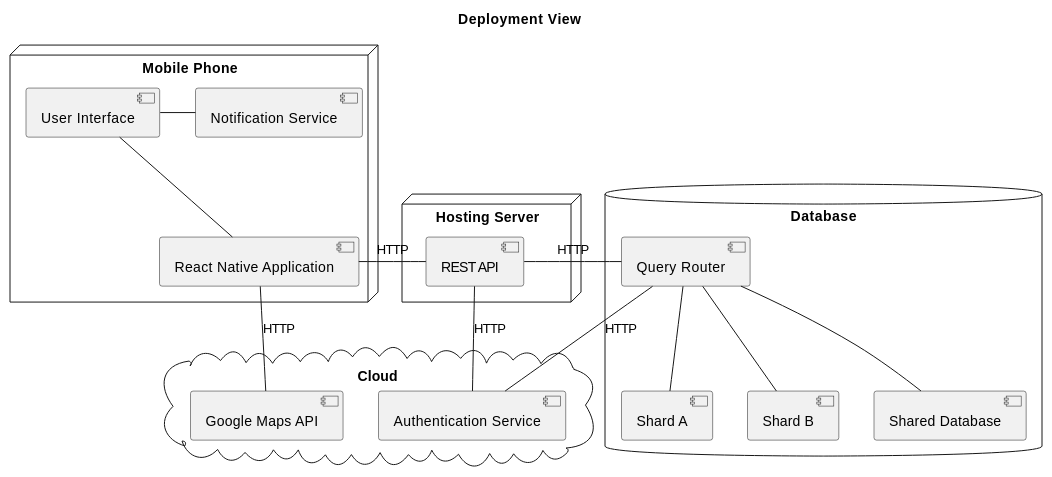
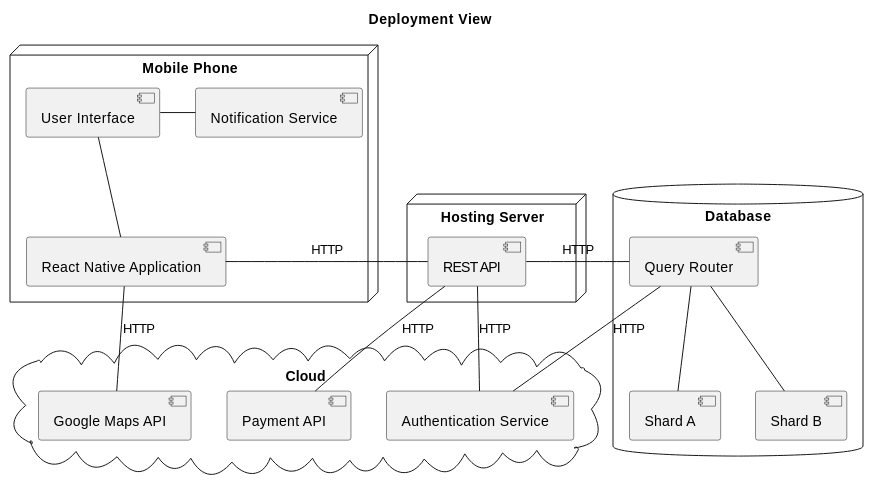
One commit to USI-MSDE-SA-2022/software-architecture-model-OttavioBuonomoUSI changed diagram 37 of 39 in src/sa/model/index.md. Above: the diagram before and after it, drawn with PlantUML. The commit also changed other lines of this file and 1 other file, not shown here.

````diff
--- a/src/sa/model/index.md
+++ b/src/sa/model/index.md
@@ -2185,35 +2347,35 @@
 ```puml
 @startuml
 title Deployment View
 node "Mobile Phone" {
  [User Interface] as UI
  [React Native Application] as RN
  [Notification Service] as NS
 }
 database "Database" {
    [Query Router] as QR
    [Shard A] as SADB
    [Shard B] as SBDB
-   [Shared Database] as SDB
 }
 node "Hosting Server" {
  [REST API] as RAPI
 }
 cloud "Cloud" {
  [Authentication Service] as AS
  [Google Maps API] as GMA
+ [Payment API] as PA
 }
 
 
 QR -- AS: HTTP
 QR -- SADB
 QR -- SBDB
-QR -- SDB
 UI -- RN
 UI - NS
 RN - GMA: HTTP
 RAPI - QR: HTTP
 RAPI - AS: HTTP
+RAPI - PA: HTTP
 RN - RAPI: HTTP
 @enduml
 ```
````
